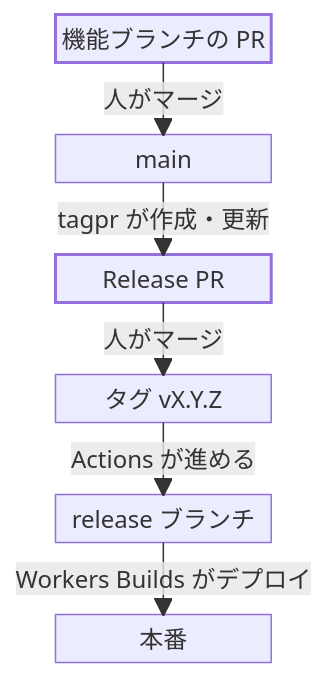
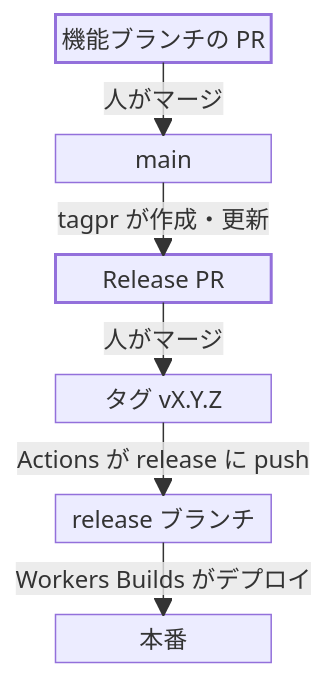
The diagram in notes/tagpr-workers-builds-release-flow.md (kfly8/notes), drawn with Mermaid before and after one commit.

Commit message:
図のラベルを「タグが打たれたら release に push」が伝わる表現にする

````diff
--- a/notes/tagpr-workers-builds-release-flow.md
+++ b/notes/tagpr-workers-builds-release-flow.md
@@ -19,22 +19,22 @@
 ```mermaid
 block-beta
   columns 1
   feat["機能ブランチの PR"]
   space
   main["main"]
   space
   rpr["Release PR"]
   space
   tag["タグ vX.Y.Z"]
   space
   rel["release ブランチ"]
   space
   prod["本番"]
   feat -- "人がマージ" --> main
   main -- "tagpr が作成・更新" --> rpr
   rpr -- "人がマージ" --> tag
-  tag -- "Actions が進める" --> rel
+  tag -- "Actions が release に push" --> rel
   rel -- "Workers Builds がデプロイ" --> prod
   classDef accent stroke-width:2px
   class feat,rpr accent
 ```
````
